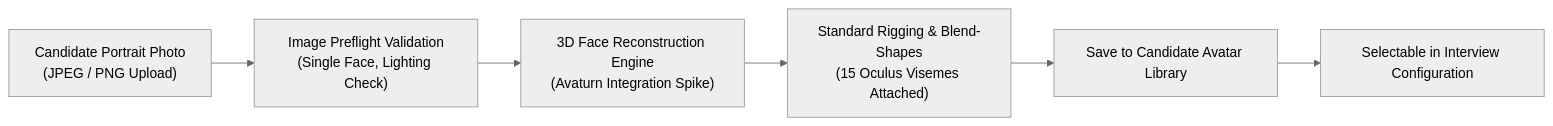
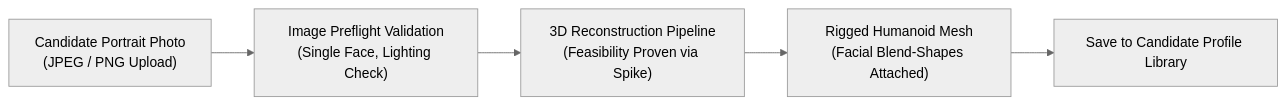
One commit to swp391-group3/ai-interview-practice-brain changed the third of 3 diagrams in 00_Project/Core-Flows.md. Above: the diagram before and after it, drawn with Mermaid (neutral theme). The commit also changed other lines of this file and 17 other files, not shown here.

````diff
--- a/00_Project/Core-Flows.md
+++ b/00_Project/Core-Flows.md
@@ -169,8 +168,7 @@
 ```mermaid
 flowchart LR
     P["Candidate Portrait Photo<br/>(JPEG / PNG Upload)"] --> VAL["Image Preflight Validation<br/>(Single Face, Lighting Check)"]
-    VAL --> REC["3D Face Reconstruction Engine<br/>(Avaturn Integration Spike)"]
-    REC --> RIG["Standard Rigging & Blend-Shapes<br/>(15 Oculus Visemes Attached)"]
-    RIG --> LIB["Save to Candidate Avatar Library"]
-    LIB --> SEL["Selectable in Interview Configuration"]
+    VAL --> REC["3D Reconstruction Pipeline<br/>(Feasibility Proven via Spike)"]
+    REC --> RIG["Rigged Humanoid Mesh<br/>(Facial Blend-Shapes Attached)"]
+    RIG --> LIB["Save to Candidate Profile Library"]
 ```
````
